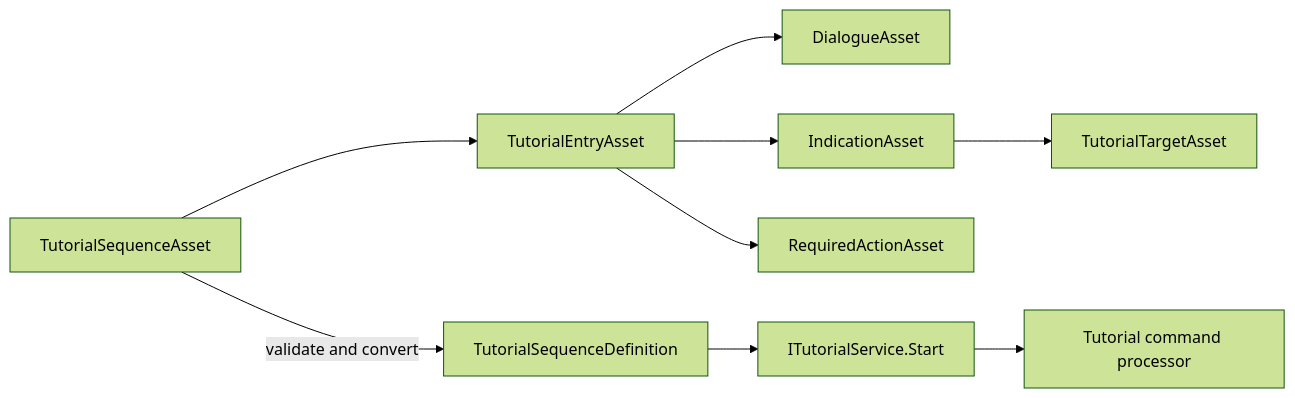
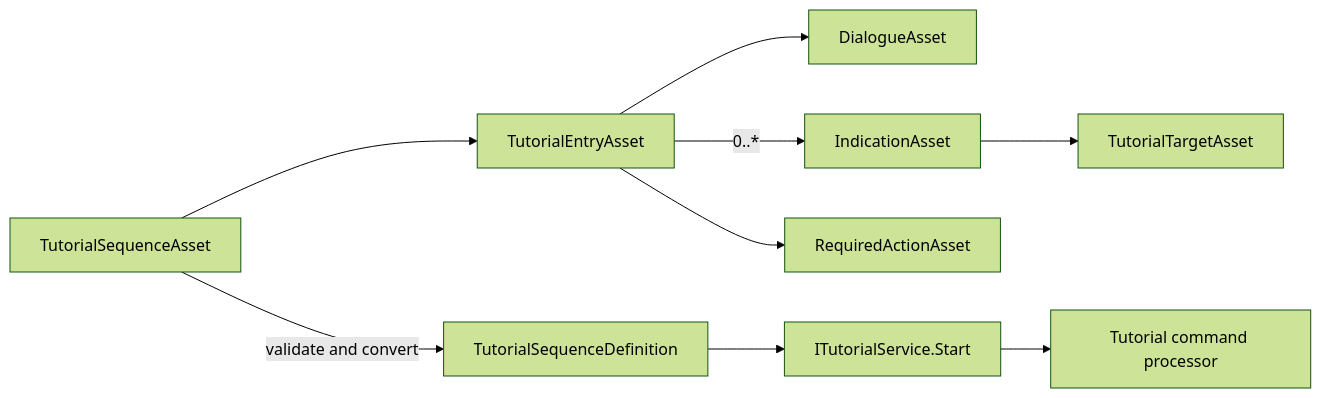
One commit to czeberesco/AMTutorialArchitecture changed the third of 6 diagrams in README.md. Above: the diagram before and after it, drawn with Mermaid (forest theme). The commit also changed other lines of this file and 41 other files, not shown here.

````diff
--- a/README.md
+++ b/README.md
@@ -94,19 +94,19 @@
 ```mermaid
 flowchart LR
     SequenceAsset[TutorialSequenceAsset]
     EntryAsset[TutorialEntryAsset]
     DialogueAsset[DialogueAsset]
     IndicationAsset[IndicationAsset]
     ActionAsset[RequiredActionAsset]
     TargetAsset[TutorialTargetAsset]
 
     SequenceAsset --> EntryAsset
     EntryAsset --> DialogueAsset
-    EntryAsset --> IndicationAsset
+    EntryAsset -->|0..*| IndicationAsset
     EntryAsset --> ActionAsset
     IndicationAsset --> TargetAsset
 
     SequenceAsset -->|validate and convert| Definition[TutorialSequenceDefinition]
     Definition --> Service[ITutorialService.Start]
     Service --> StateMachine[Tutorial command processor]
 ```
````
